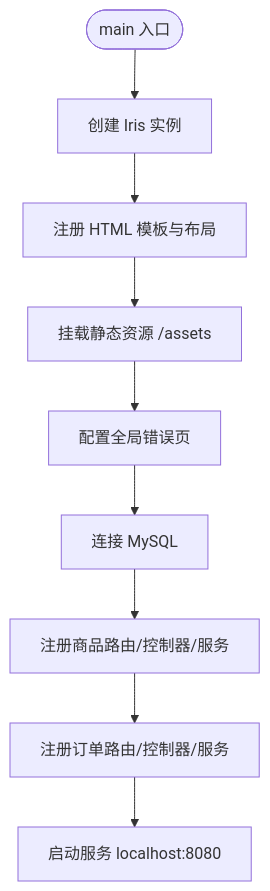
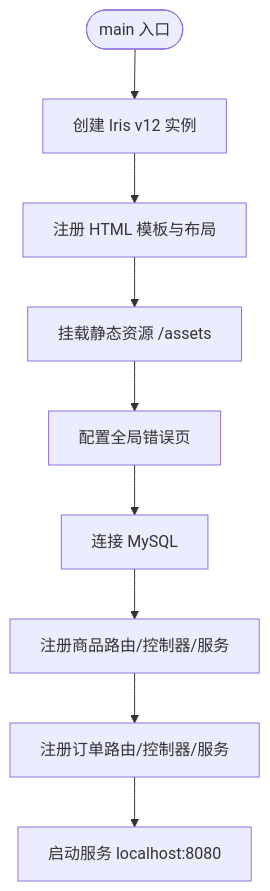
The third of 8 diagrams in .qoder/repowiki/zh/content/快速开始.md (gbtdesign/e-commerce-t), drawn with Mermaid before and after one commit. The commit also changed other lines of this file and 53 other files, not shown here.

````diff
--- a/.qoder/repowiki/zh/content/快速开始.md
+++ b/.qoder/repowiki/zh/content/快速开始.md
@@ -141,11 +162,11 @@
 ```mermaid
 flowchart TD
-Start(["main 入口"]) --> InitApp["创建 Iris 实例"]
+Start(["main 入口"]) --> InitApp["创建 Iris v12 实例"]
 InitApp --> RegisterView["注册 HTML 模板与布局"]
 RegisterView --> StaticWeb["挂载静态资源 /assets"]
 StaticWeb --> ErrorPage["配置全局错误页"]
 ErrorPage --> ConnectDB["连接 MySQL"]
 ConnectDB --> RegProduct["注册商品路由/控制器/服务"]
 RegProduct --> RegOrder["注册订单路由/控制器/服务"]
 RegOrder --> RunServer["启动服务 localhost:8080"]
 ```
````
